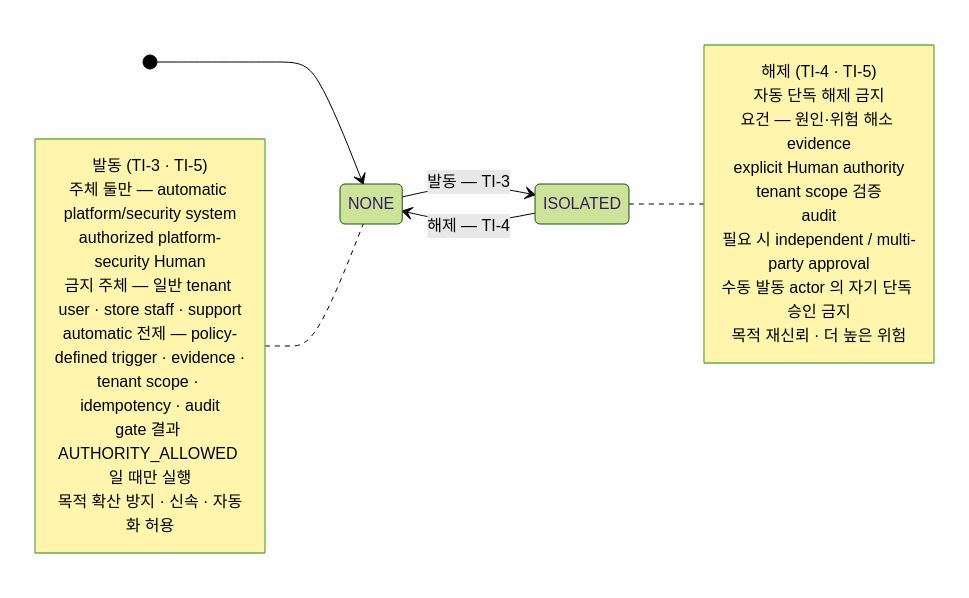
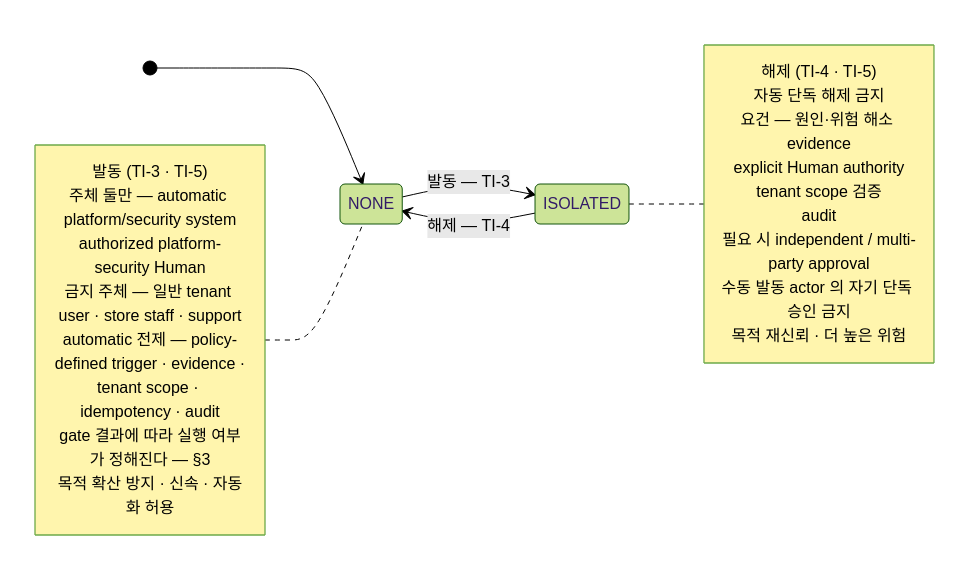
The second of 8 diagrams in docs/600000_implementation_lifecycle/601900_tenant_isolation_axis_v2/601905_Diagram_Tenant_Isolation_Axis_Model.md (mirunubi/yoonsul_wait_order_handoff), drawn with Mermaid (forest theme) before and after one commit. The commit also changed other lines of this file, not shown here.

````diff
--- a/docs/600000_implementation_lifecycle/601900_tenant_isolation_axis_v2/601905_Diagram_Tenant_Isolation_Axis_Model.md
+++ b/docs/600000_implementation_lifecycle/601900_tenant_isolation_axis_v2/601905_Diagram_Tenant_Isolation_Axis_Model.md
@@ -172,30 +175,30 @@
 ```mermaid
 stateDiagram-v2
   direction LR
   [*] --> NONE
   NONE --> ISOLATED : 발동 — TI-3
   ISOLATED --> NONE : 해제 — TI-4
 
   note left of NONE
     발동 (TI-3 · TI-5)
     주체 둘만 — automatic platform/security system
               authorized platform-security Human
     금지 주체 — 일반 tenant user · store staff · support
     automatic 전제 — policy-defined trigger · evidence ·
                     tenant scope · idempotency · audit
-    gate 결과 AUTHORITY_ALLOWED 일 때만 실행
+    gate 결과에 따라 실행 여부가 정해진다 — §3
     목적 확산 방지 · 신속 · 자동화 허용
   end note
 
   note right of ISOLATED
     해제 (TI-4 · TI-5)
     자동 단독 해제 금지
     요건 — 원인·위험 해소 evidence
           explicit Human authority
           tenant scope 검증
           audit
           필요 시 independent / multi-party approval
     수동 발동 actor 의 자기 단독 승인 금지
     목적 재신뢰 · 더 높은 위험
   end note
 ```
````
